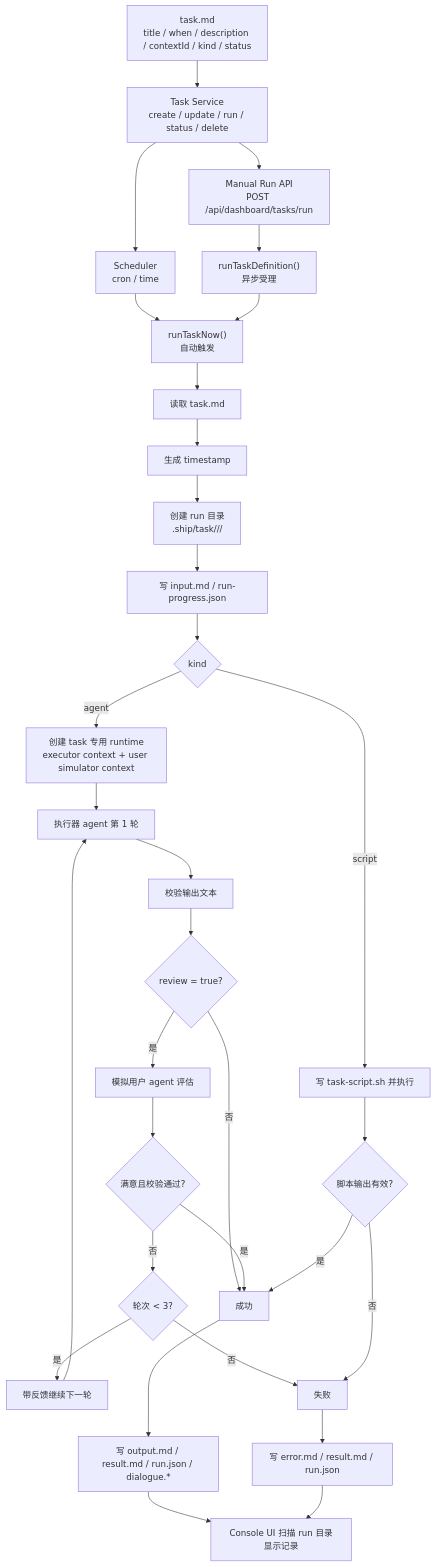
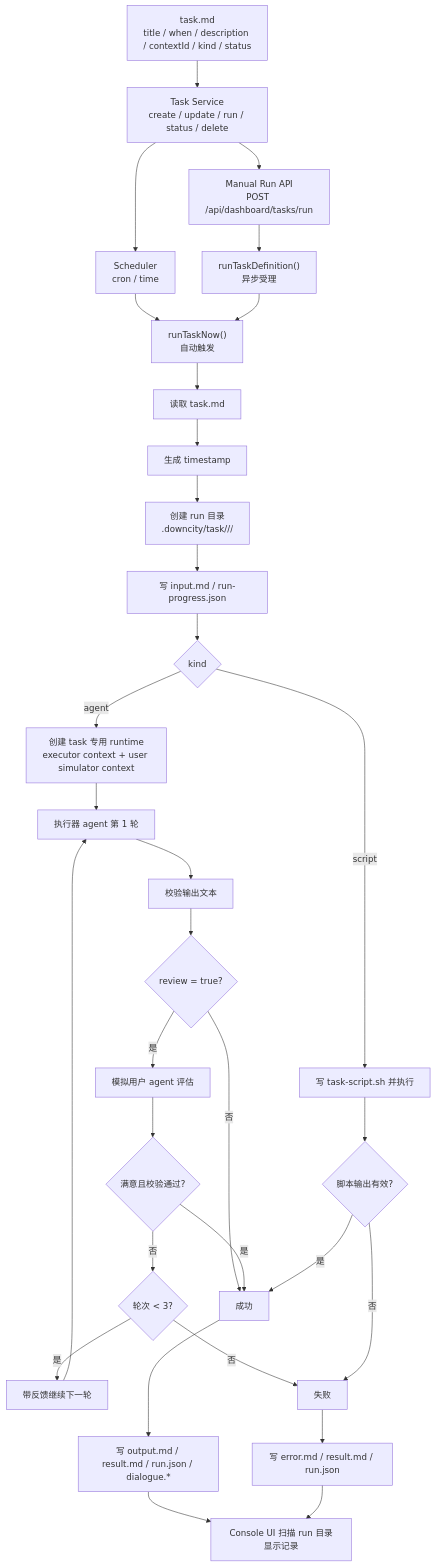
The diagram in homepage/content/docs/zh/services/task/agent-task-mode.mdx (wangenius/downcity), drawn with Mermaid before and after one commit. The commit also changed other lines of this file and 240 other files, not shown here.

````diff
--- a/homepage/content/docs/zh/services/task/agent-task-mode.mdx
+++ b/homepage/content/docs/zh/services/task/agent-task-mode.mdx
@@ -62,44 +62,44 @@
 ```mermaid
 flowchart TD
     A["task.md<br/>title / when / description / contextId / kind / status"] --> B["Task Service<br/>create / update / run / status / delete"]
 
     B --> C["Manual Run API<br/>POST /api/dashboard/tasks/run"]
     B --> D["Scheduler<br/>cron / time"]
 
     C --> E["runTaskDefinition()<br/>异步受理"]
     D --> F["runTaskNow()<br/>自动触发"]
 
     E --> F
 
     F --> G["读取 task.md"]
     G --> H["生成 timestamp"]
-    H --> I["创建 run 目录<br/>.ship/task/<taskId>/<timestamp>/"]
+    H --> I["创建 run 目录<br/>.downcity/task/<taskId>/<timestamp>/"]
     I --> J["写 input.md / run-progress.json"]
 
     J --> K{"kind"}
     K -->|agent| L["创建 task 专用 runtime<br/>executor context + user simulator context"]
     K -->|script| M["写 task-script.sh 并执行"]
 
     L --> N["执行器 agent 第 1 轮"]
     N --> O["校验输出文本"]
     O --> P{"review = true?"}
 
     P -->|否| R["成功"]
     P -->|是| Q["模拟用户 agent 评估"]
 
     Q --> S{"满意且校验通过?"}
     S -->|是| R["成功"]
     S -->|否| T{"轮次 < 3?"}
     T -->|是| U["带反馈继续下一轮"]
     U --> N
     T -->|否| V["失败"]
 
     M --> W{"脚本输出有效?"}
     W -->|是| R
     W -->|否| V
 
     R --> X["写 output.md / result.md / run.json / dialogue.*"]
     V --> Y["写 error.md / result.md / run.json"]
     X --> Z["Console UI 扫描 run 目录显示记录"]
     Y --> Z
 ```
````
